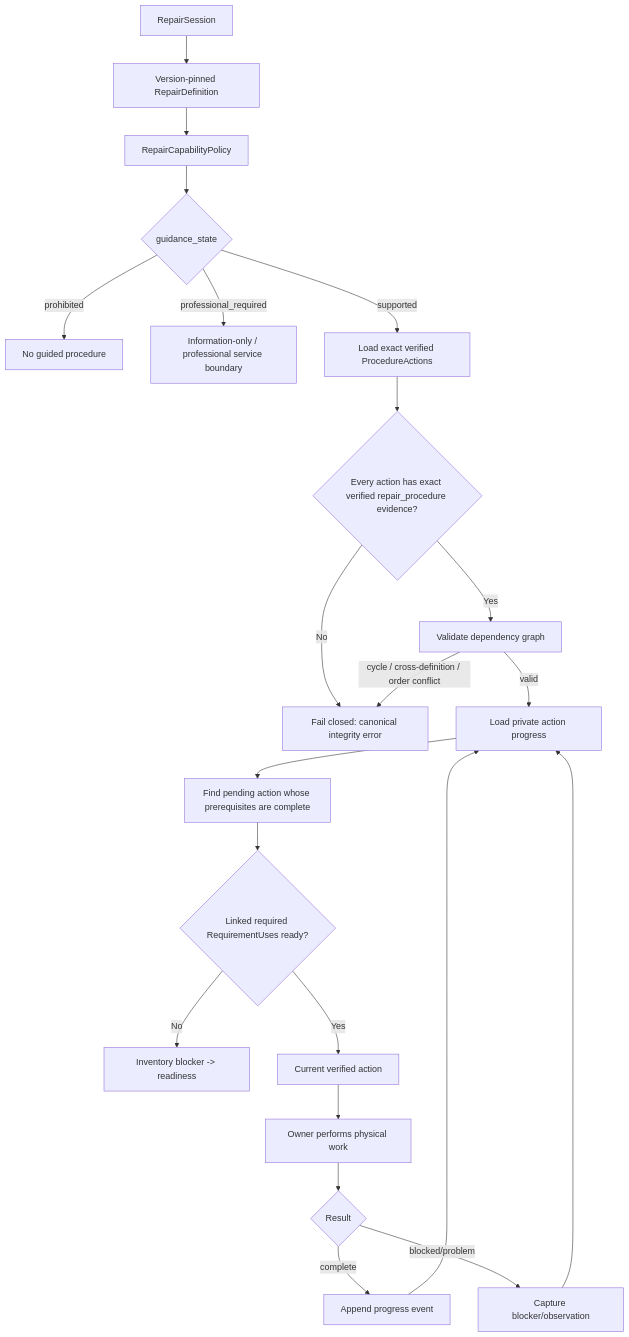
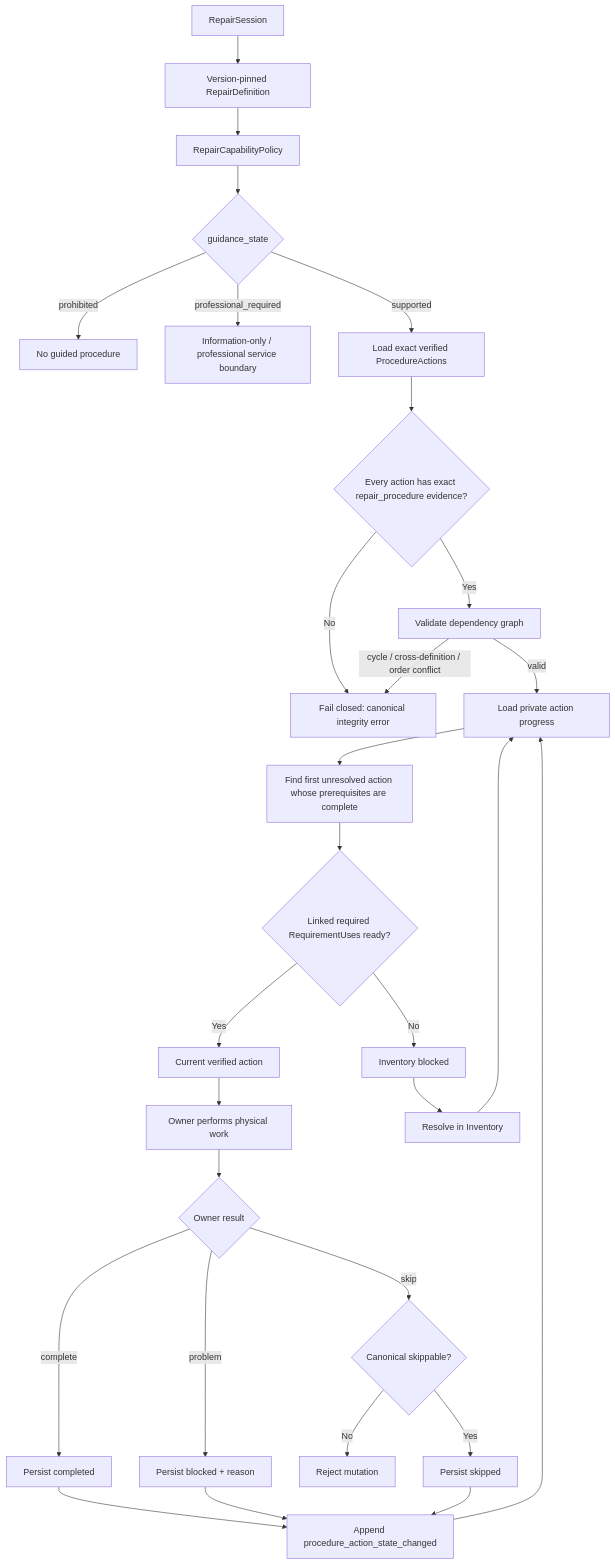
Before and after one commit to Vivek-k24/forgebridge-demo: the second of 5 diagrams in docs/BLOCK11_PROCEDURE_MODEL.md, drawn with Mermaid. The commit also changed other lines of this file, not shown here.

Commit message:
Refresh Block 11 procedure and progress UML

````diff
--- a/docs/BLOCK11_PROCEDURE_MODEL.md
+++ b/docs/BLOCK11_PROCEDURE_MODEL.md
@@ -59,27 +70,34 @@
 ```mermaid
 flowchart TD
     RS[RepairSession] --> RD[Version-pinned RepairDefinition]
     RD --> POLICY[RepairCapabilityPolicy]
     POLICY --> STATE{guidance_state}
 
     STATE -->|prohibited| STOP[No guided procedure]
     STATE -->|professional_required| INFO[Information-only / professional service boundary]
     STATE -->|supported| PLAN[Load exact verified ProcedureActions]
 
-    PLAN --> EVIDENCE{Every action has exact verified repair_procedure evidence?}
+    PLAN --> EVIDENCE{Every action has exact repair_procedure evidence?}
     EVIDENCE -->|No| FAIL[Fail closed: canonical integrity error]
     EVIDENCE -->|Yes| GRAPH[Validate dependency graph]
     GRAPH -->|cycle / cross-definition / order conflict| FAIL
     GRAPH -->|valid| PROGRESS[Load private action progress]
 
-    PROGRESS --> ELIGIBLE[Find pending action whose prerequisites are complete]
+    PROGRESS --> ELIGIBLE[Find first unresolved action whose prerequisites are complete]
     ELIGIBLE --> REQUIREMENTS{Linked required RequirementUses ready?}
-    REQUIREMENTS -->|No| BLOCKED[Inventory blocker -> readiness]
+    REQUIREMENTS -->|No| INVENTORY[Inventory blocked]
     REQUIREMENTS -->|Yes| CURRENT[Current verified action]
     CURRENT --> WORK[Owner performs physical work]
-    WORK --> RESULT{Result}
-    RESULT -->|complete| EVENT[Append progress event]
-    RESULT -->|blocked/problem| OBSERVE[Capture blocker/observation]
+    WORK --> RESULT{Owner result}
+    RESULT -->|complete| COMPLETE[Persist completed]
+    RESULT -->|problem| BLOCK[Persist blocked + reason]
+    RESULT -->|skip| SKIP{Canonical skippable?}
+    SKIP -->|No| REJECT[Reject mutation]
+    SKIP -->|Yes| SKIPPED[Persist skipped]
+    COMPLETE --> EVENT[Append procedure_action_state_changed]
+    BLOCK --> EVENT
+    SKIPPED --> EVENT
     EVENT --> PROGRESS
-    OBSERVE --> PROGRESS
+    INVENTORY --> READINESS[Resolve in Inventory]
+    READINESS --> PROGRESS
 ```
````
